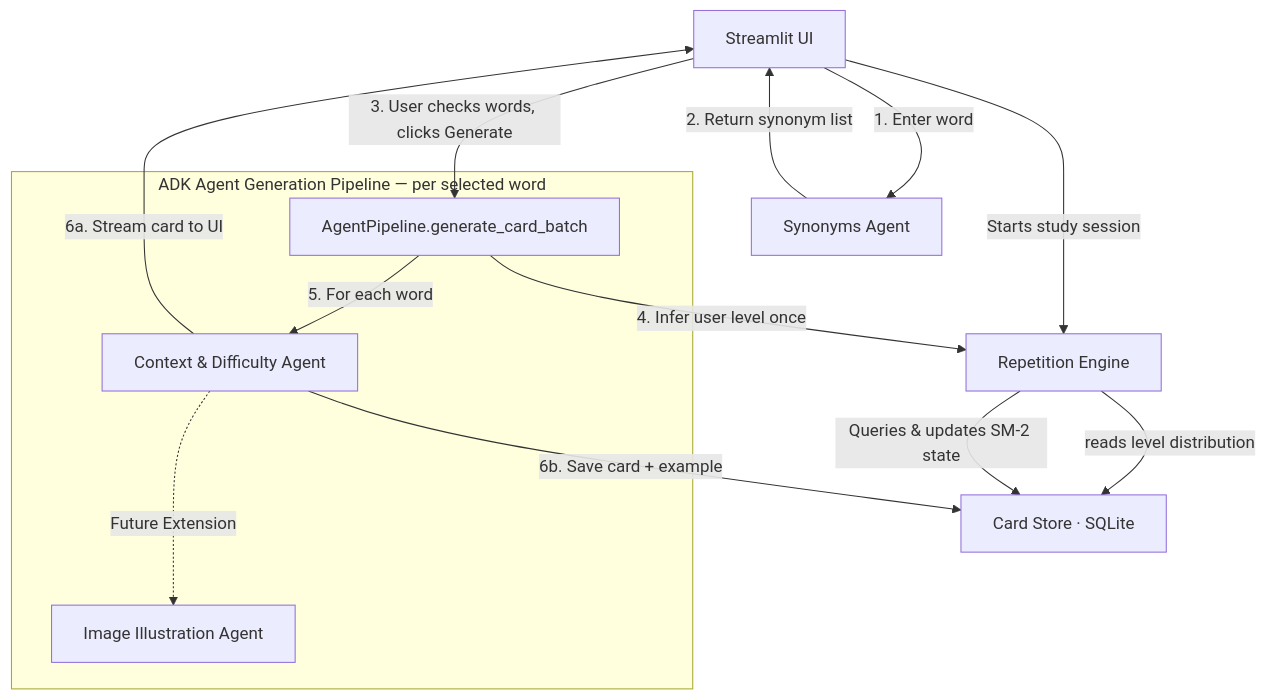
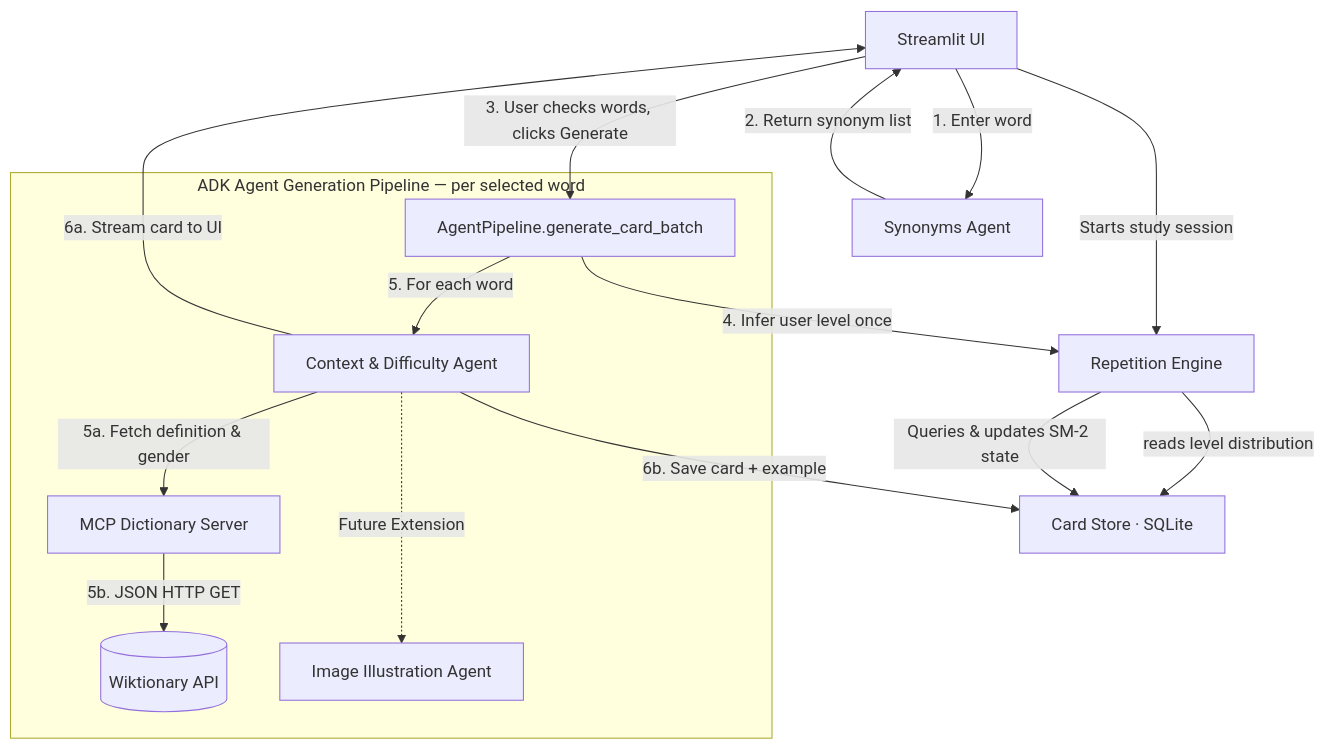
One commit to khrapovs/echoloop-multiagent-flashcards changed the first of 3 diagrams in PROJECT_PLAN.md. Above: the diagram before and after it, drawn with Mermaid. The commit also changed other lines of this file and 9 other files, not shown here.

First line of the commit message:
feat: Implement dictionary MCP to reduce LLM hallucinations (#25)

````diff
--- a/PROJECT_PLAN.md
+++ b/PROJECT_PLAN.md
@@ -46,20 +46,22 @@
 ```mermaid
 graph TD
     Client[Streamlit UI] -->|1. Enter word| SynonymsAgent[Synonyms Agent]
     SynonymsAgent -->|2. Return synonym list| Client
     Client -->|3. User checks words, clicks Generate| Pipeline[AgentPipeline.generate_card_batch]
 
     Pipeline -->|4. Infer user level once| RepetitionEngine[Repetition Engine]
     RepetitionEngine -->|reads level distribution| CardStore[Card Store · SQLite]
 
     subgraph AgentPipeline [ADK Agent Generation Pipeline — per selected word]
         Pipeline -->|5. For each word| ContextAgent[Context & Difficulty Agent]
+        ContextAgent -->|5a. Fetch definition & gender| MCP[MCP Dictionary Server]
+        MCP -->|5b. JSON HTTP GET| Wiktionary[(Wiktionary API)]
         ContextAgent -..->|Future Extension| ImageAgent[Image Illustration Agent]
     end
 
     ContextAgent -->|6a. Stream card to UI| Client
     ContextAgent -->|6b. Save card + example| CardStore
 
     Client -->|Starts study session| RepetitionEngine
     RepetitionEngine -->|Queries & updates SM-2 state| CardStore
 ```
````
